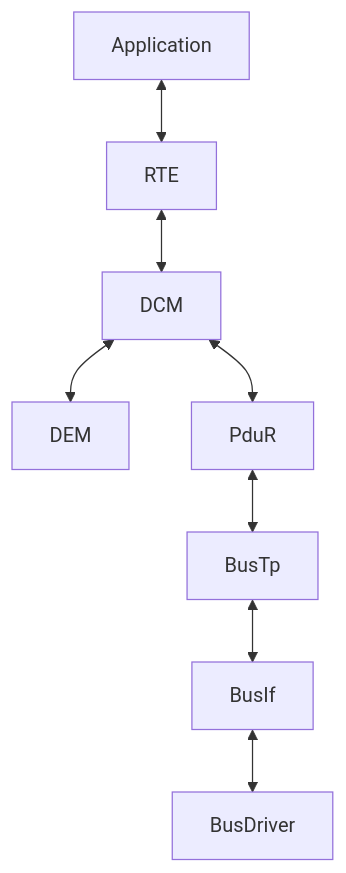
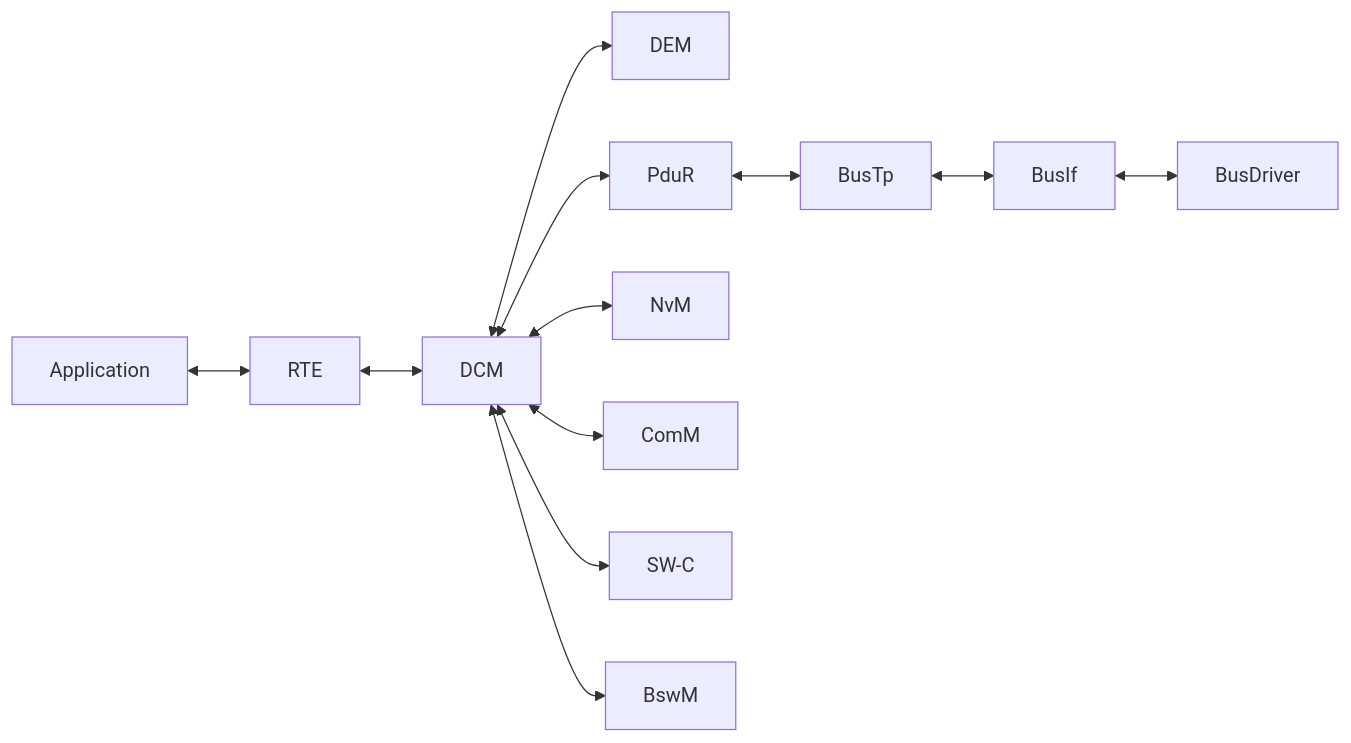
The first of 3 diagrams in AUTOSAR/diag_stack.md (shiomar1108/InterviewNotes), drawn with Mermaid before and after one commit. The commit also changed other lines of this file and 3 other files, not shown here.

````diff
--- a/AUTOSAR/diag_stack.md
+++ b/AUTOSAR/diag_stack.md
@@ -40,10 +43,14 @@
 ```mermaid
-graph TD;
+graph LR;
     Application <--> RTE
     RTE <--> DCM
     DCM <--> DEM
     DCM <--> PduR
+    DCM <--> NvM
+    DCM <--> ComM
+    DCM <--> SW-C
+    DCM <--> BswM
     PduR <--> BusTp
     BusTp <--> BusIf
     BusIf <--> BusDriver
 ```
````
